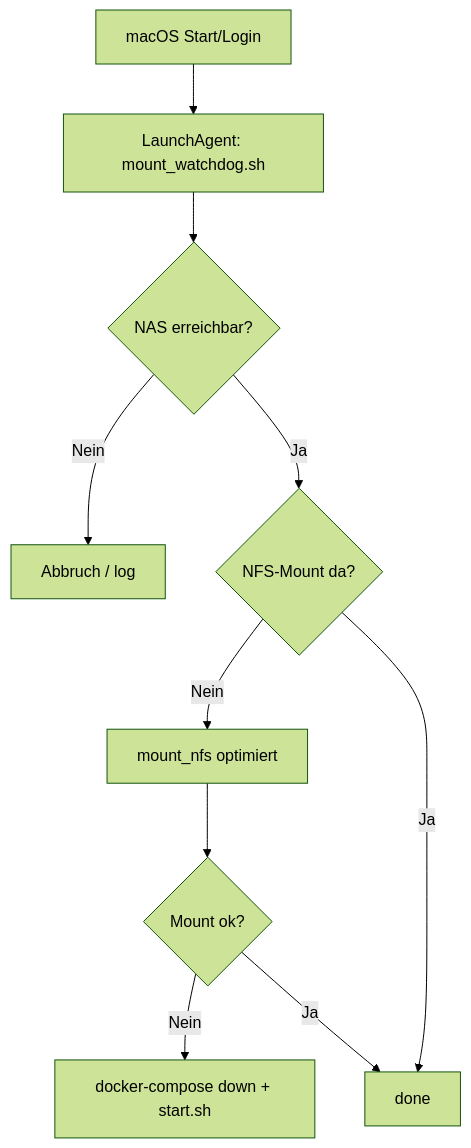
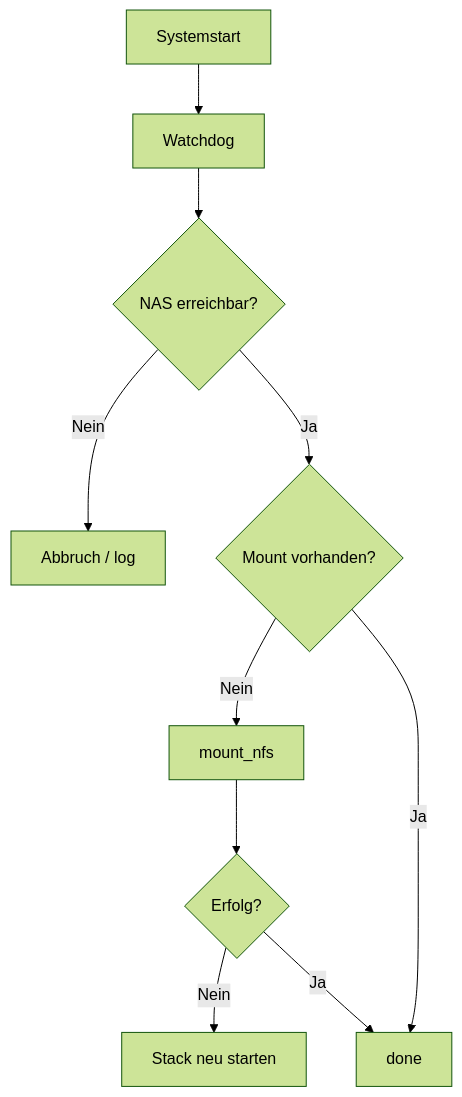
Before and after one commit to ivory0815/jellyfin-stack-readme: the diagram in README.md, drawn with Mermaid (forest theme). The commit also changed other lines of this file, not shown here.

Commit message:
Fix Mermaid diagram syntax in README

````diff
--- a/README.md
+++ b/README.md
@@ -32,12 +31,12 @@
 ```mermaid
 graph TD
-  A[macOS Start/Login] --> B[LaunchAgent: mount_watchdog.sh]
+  A[Systemstart] --> B[Watchdog]
   B --> C{NAS erreichbar?}
   C -- Nein --> D[Abbruch / log]
-  C -- Ja --> E{NFS-Mount da?}
-  E -- Nein --> F["mount_nfs optimiert"]
-  F --> G{Mount ok?}
-  G -- Nein --> H["docker-compose down + start.sh"]
+  C -- Ja --> E{Mount vorhanden?}
+  E -- Nein --> F["mount_nfs"]
+  F --> G{Erfolg?}
+  G -- Nein --> H["Stack neu starten"]
   G -- Ja --> I[done]
   E -- Ja --> I
 ```
````
